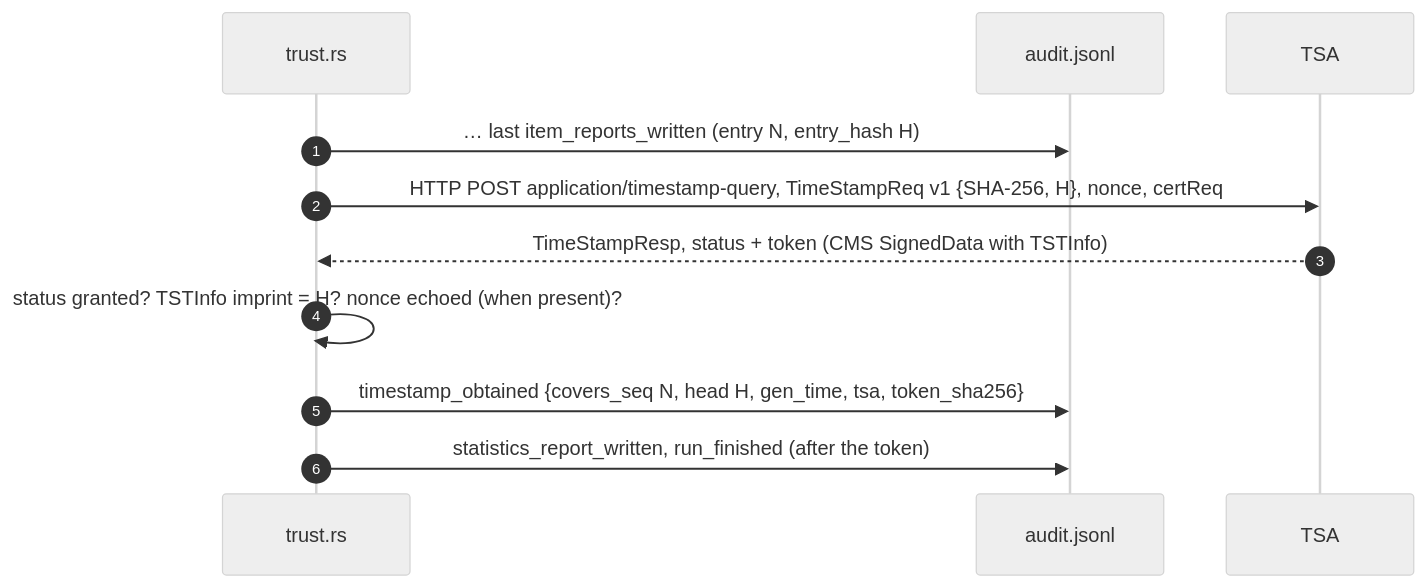
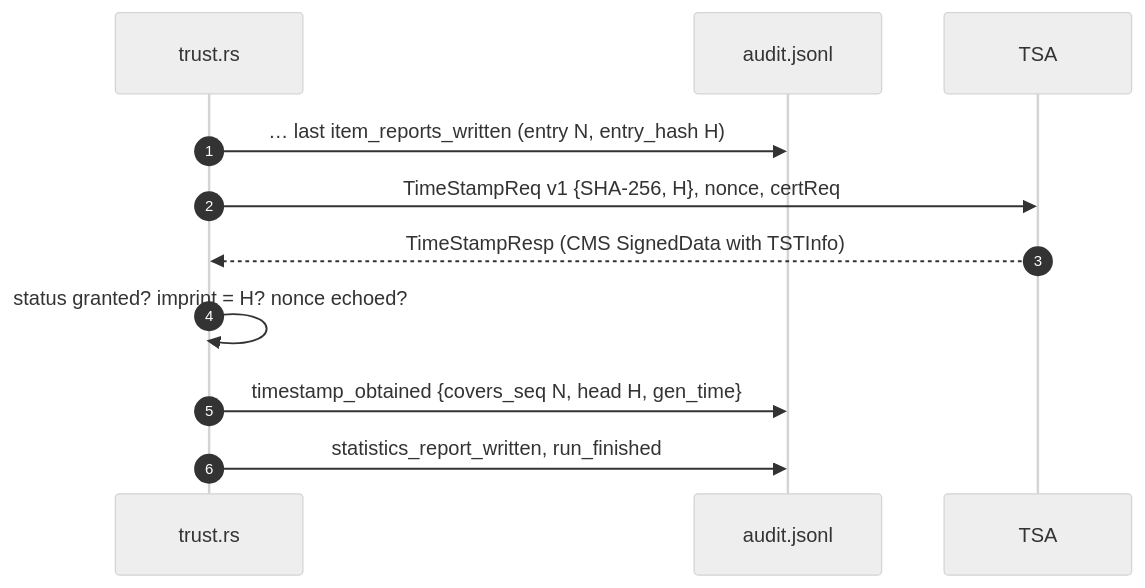
The tenth of 10 diagrams in docs/theory.md (Panacota96/rv-timeline), drawn with Mermaid (neutral theme) before and after one commit. The commit also changed other lines of this file and 984 other files, not shown here.

First line of the commit message:
feat: RV Timeline v0.1 — cited case timeline from the Rakvor tools' outputs (#3)

````diff
--- a/docs/theory.md
+++ b/docs/theory.md
@@ -609,13 +588,13 @@
 ```mermaid
 sequenceDiagram
     autonumber
     participant T as trust.rs
     participant L as audit.jsonl
     participant A as TSA
     T->>L: … last item_reports_written (entry N, entry_hash H)
-    T->>A: HTTP POST application/timestamp-query, TimeStampReq v1 {SHA-256, H}, nonce, certReq
-    A-->>T: TimeStampResp, status + token (CMS SignedData with TSTInfo)
-    T->>T: status granted? TSTInfo imprint = H? nonce echoed (when present)?
-    T->>L: timestamp_obtained {covers_seq N, head H, gen_time, tsa, token_sha256}
-    T->>L: statistics_report_written, run_finished (after the token)
+    T->>A: TimeStampReq v1 {SHA-256, H}, nonce, certReq
+    A-->>T: TimeStampResp (CMS SignedData with TSTInfo)
+    T->>T: status granted? imprint = H? nonce echoed?
+    T->>L: timestamp_obtained {covers_seq N, head H, gen_time}
+    T->>L: statistics_report_written, run_finished
 ```
````
